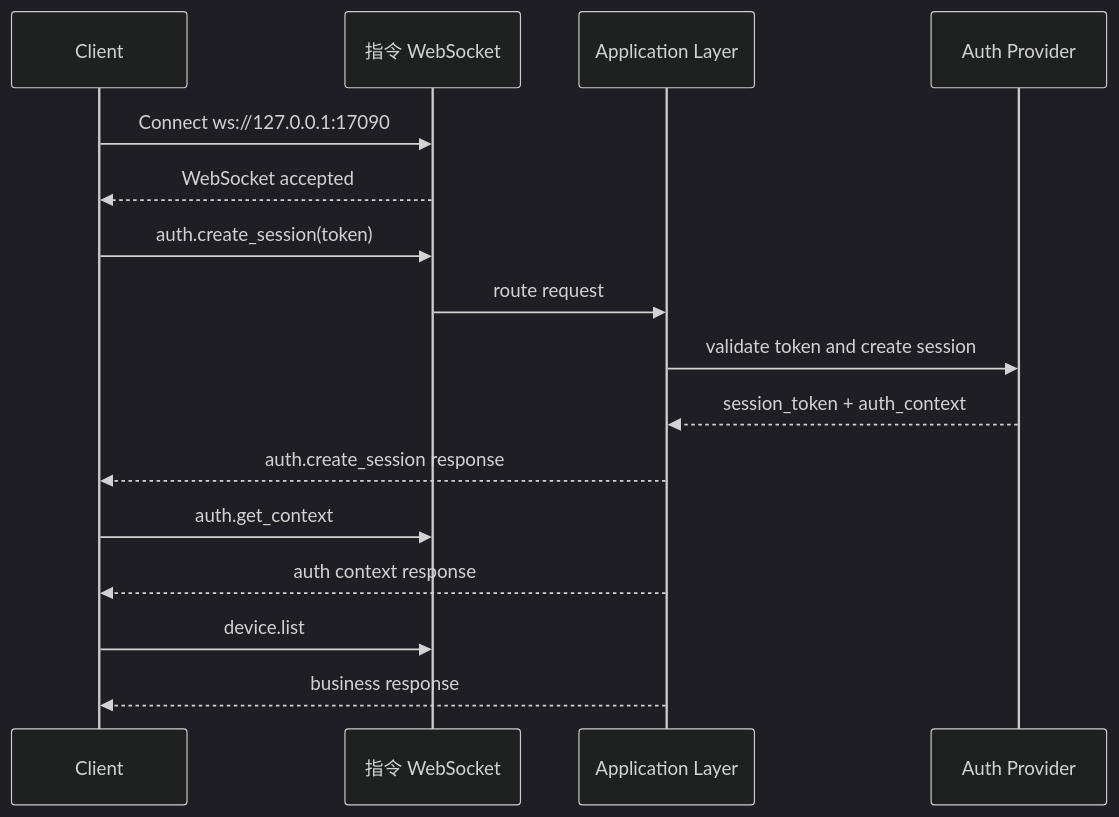
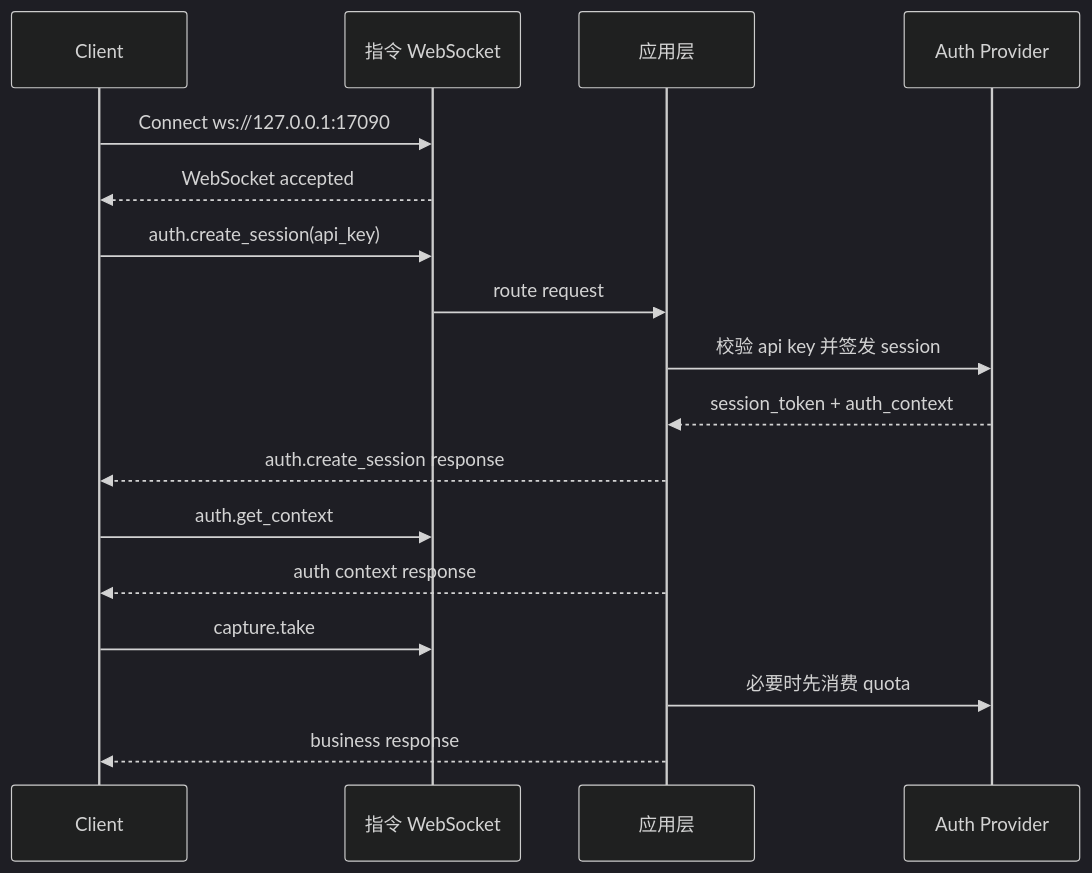
One commit to CZUR-Developer/czur-sdk-open changed the diagram in doc/COMMAND_CHANNEL_FLOW_ZH.md. Above: the diagram before and after it, drawn with Mermaid (dark theme). The commit also changed other lines of this file and 9 other files, not shown here.

````diff
--- a/doc/COMMAND_CHANNEL_FLOW_ZH.md
+++ b/doc/COMMAND_CHANNEL_FLOW_ZH.md
@@ -241,19 +272,20 @@
 ```mermaid
 sequenceDiagram
     participant Client
     participant CommandWS as 指令 WebSocket
-    participant App as Application Layer
+    participant App as 应用层
     participant Auth as Auth Provider
 
     Client->>CommandWS: Connect ws://127.0.0.1:17090
     CommandWS-->>Client: WebSocket accepted
-    Client->>CommandWS: auth.create_session(token)
+    Client->>CommandWS: auth.create_session(api_key)
     CommandWS->>App: route request
-    App->>Auth: validate token and create session
+    App->>Auth: 校验 api key 并签发 session
     Auth-->>App: session_token + auth_context
     App-->>Client: auth.create_session response
     Client->>CommandWS: auth.get_context
     App-->>Client: auth context response
-    Client->>CommandWS: device.list
+    Client->>CommandWS: capture.take
+    App->>Auth: 必要时先消费 quota
     App-->>Client: business response
 ```
````
